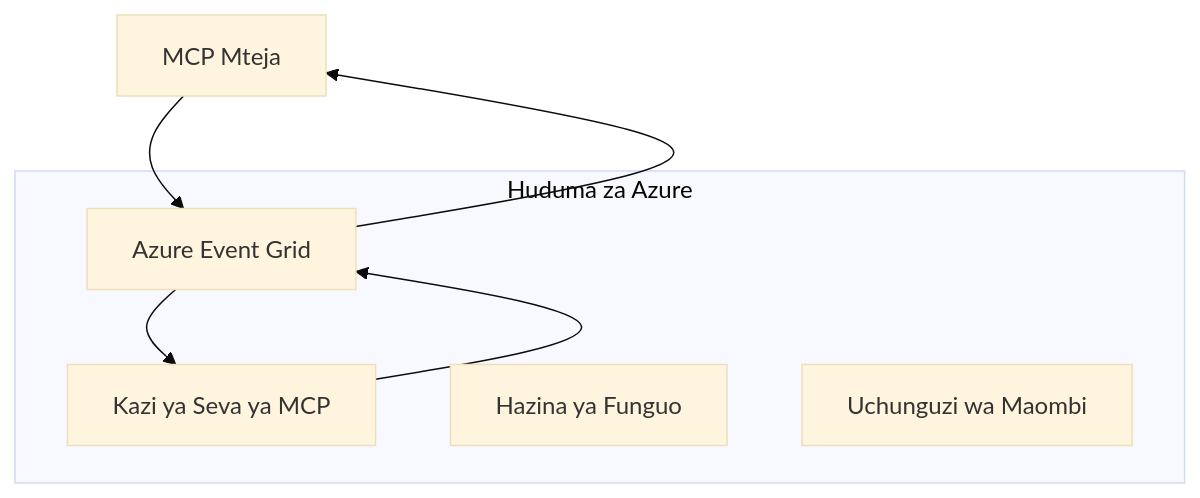
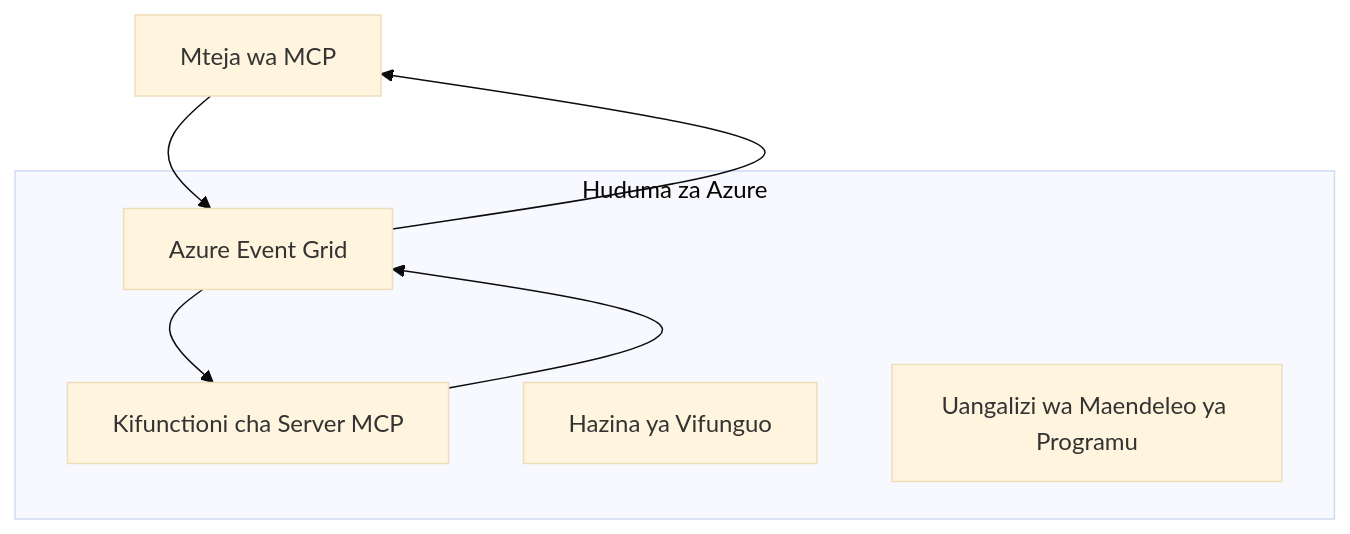
The first of 2 diagrams in mcp_ecosystem__model_context_protocol/mcp_learning_resources/mcp-for-beginners/translations/sw/05-AdvancedTopics/mcp-transport/README.md (HIDORAKAI002/ai-workspace-archive), drawn with Mermaid (base theme) before and after one commit. The commit also changed other lines of this file and 1539 other files, not shown here.

````diff
--- a/mcp_ecosystem__model_context_protocol/mcp_learning_resources/mcp-for-beginners/translations/sw/05-AdvancedTopics/mcp-transport/README.md
+++ b/mcp_ecosystem__model_context_protocol/mcp_learning_resources/mcp-for-beginners/translations/sw/05-AdvancedTopics/mcp-transport/README.md
@@ -58,14 +58,14 @@
 ```mermaid
 graph TB
-    Client[MCP Mteja] --> EG[Azure Event Grid]
-    EG --> Server[Kazi ya Seva ya MCP]
+    Client[Mteja wa MCP] --> EG[Azure Event Grid]
+    EG --> Server[Kifunctioni cha Server MCP]
     Server --> EG
     EG --> Client
     
     subgraph "Huduma za Azure"
         EG
         Server
-        KV[Hazina ya Funguo]
-        Monitor[Uchunguzi wa Maombi]
+        KV[Hazina ya Vifunguo]
+        Monitor[Uangalizi wa Maendeleo ya Programu]
     end
 ```
````
